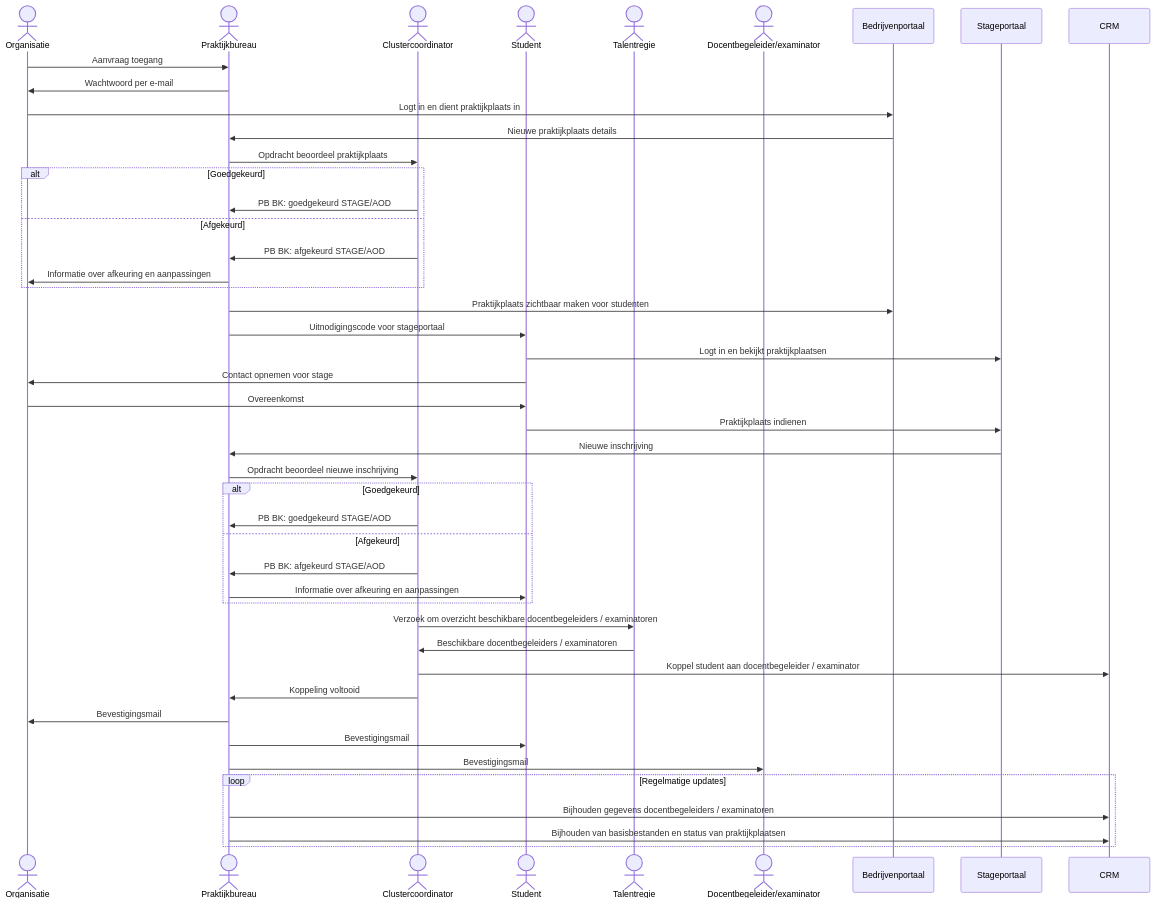
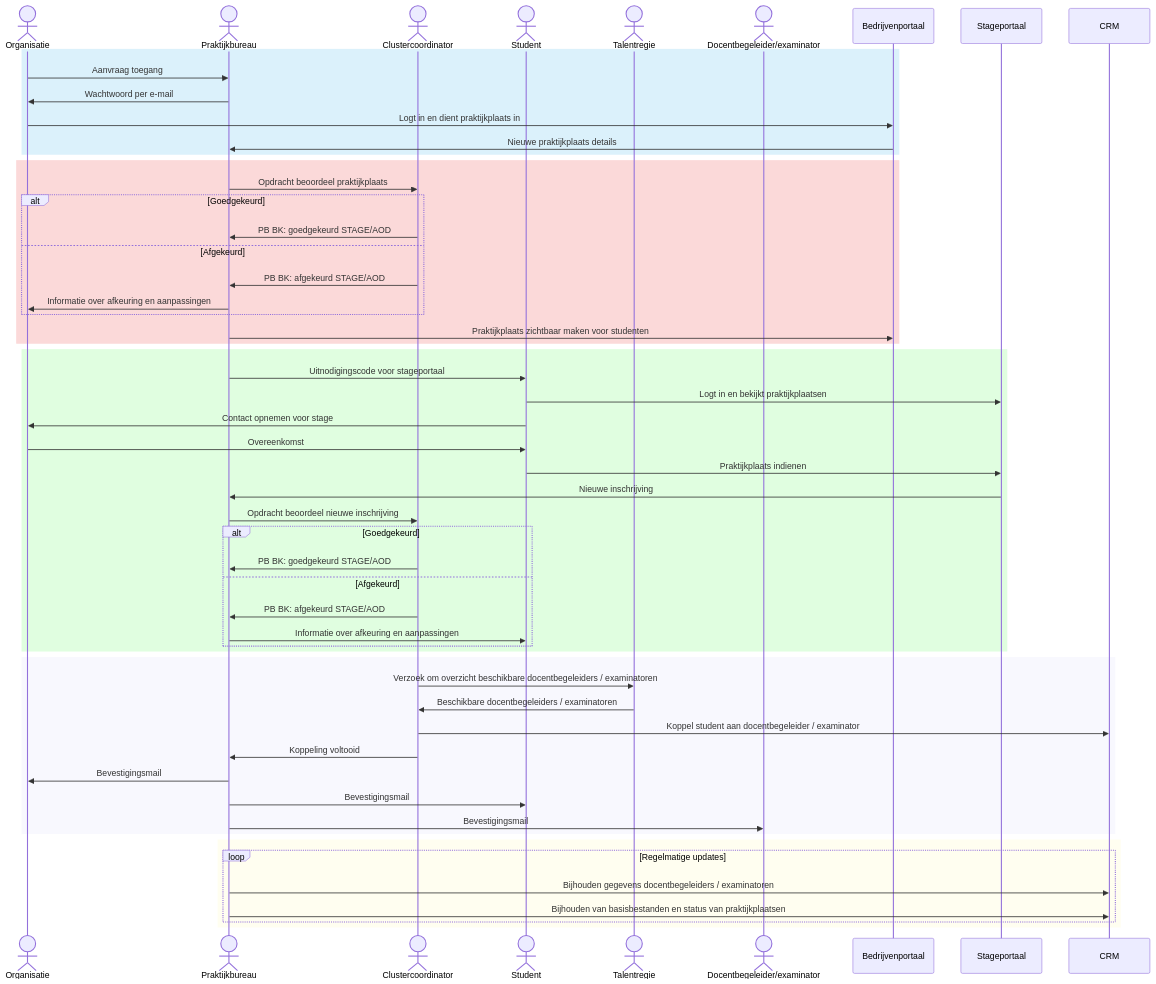
Before and after one commit to hanbedrijfskunde/praktijkworkflow: the diagram in processchema.qmd, drawn with Mermaid. The commit also changed other lines of this file and 3 other files, not shown here.

````diff
--- a/processchema.qmd
+++ b/processchema.qmd
@@ -10,56 +10,67 @@
 ```{mermaid}
+%%| column: screen
 sequenceDiagram
   actor Organisatie
   actor Praktijkbureau
   actor Clustercoordinator
   actor Student
   actor Talentregie
   actor Docentbegeleider/examinator
 
   %% Fase 1: Toegang & Indienen
+  rect rgb(137, 207, 240, 0.3)
   Organisatie->>Praktijkbureau: Aanvraag toegang
   Praktijkbureau->>Organisatie: Wachtwoord per e-mail
   Organisatie->>Bedrijvenportaal: Logt in en dient praktijkplaats in
   Bedrijvenportaal->>Praktijkbureau: Nieuwe praktijkplaats details
+  end
   
   %% Fase 2: Beoordelen & Verwerken
+  rect rgb(240, 128, 128, 0.3)
   Praktijkbureau->>Clustercoordinator: Opdracht beoordeel praktijkplaats
   alt Goedgekeurd
     Clustercoordinator->>Praktijkbureau: PB BK: goedgekeurd STAGE/AOD
   else Afgekeurd
     Clustercoordinator->>Praktijkbureau: PB BK: afgekeurd STAGE/AOD
     Praktijkbureau->>Organisatie: Informatie over afkeuring en aanpassingen
   end
   Praktijkbureau->>Bedrijvenportaal: Praktijkplaats zichtbaar maken voor studenten
+  end
 
   %% Fase 3: Inschrijvingen & Goedkeuring
+  rect rgb(152, 251, 152, 0.3)
   Praktijkbureau->>Student: Uitnodigingscode voor stageportaal
   Student->>Stageportaal: Logt in en bekijkt praktijkplaatsen
   Student->>Organisatie: Contact opnemen voor stage
   Organisatie->>Student: Overeenkomst
   Student->>Stageportaal: Praktijkplaats indienen
   Stageportaal->>Praktijkbureau: Nieuwe inschrijving
   Praktijkbureau->>Clustercoordinator: Opdracht beoordeel nieuwe inschrijving
   alt Goedgekeurd
     Clustercoordinator->>Praktijkbureau: PB BK: goedgekeurd STAGE/AOD
   else Afgekeurd
     Clustercoordinator->>Praktijkbureau: PB BK: afgekeurd STAGE/AOD
     Praktijkbureau->>Student: Informatie over afkeuring en aanpassingen
   end
+  end
 
   %% Fase 4: Inzet begeleiding
+  rect rgb(230, 230, 250, 0.3)
   Clustercoordinator->>Talentregie: Verzoek om overzicht beschikbare docentbegeleiders / examinatoren
   Talentregie->>Clustercoordinator: Beschikbare docentbegeleiders / examinatoren
   Clustercoordinator->>CRM: Koppel student aan docentbegeleider / examinator
   Clustercoordinator->>Praktijkbureau: Koppeling voltooid
   Praktijkbureau->>Organisatie: Bevestigingsmail
   Praktijkbureau->>Student: Bevestigingsmail
   Praktijkbureau->>Docentbegeleider/examinator: Bevestigingsmail
+  end
 
   %% Fase 5: Overzicht en Onderhoud
+  rect rgb(255, 250, 205, 0.3)
   loop Regelmatige updates
     Praktijkbureau->>CRM: Bijhouden gegevens docentbegeleiders / examinatoren
     Praktijkbureau->>CRM: Bijhouden van basisbestanden en status van praktijkplaatsen
   end
+  end
 
 ```
````
